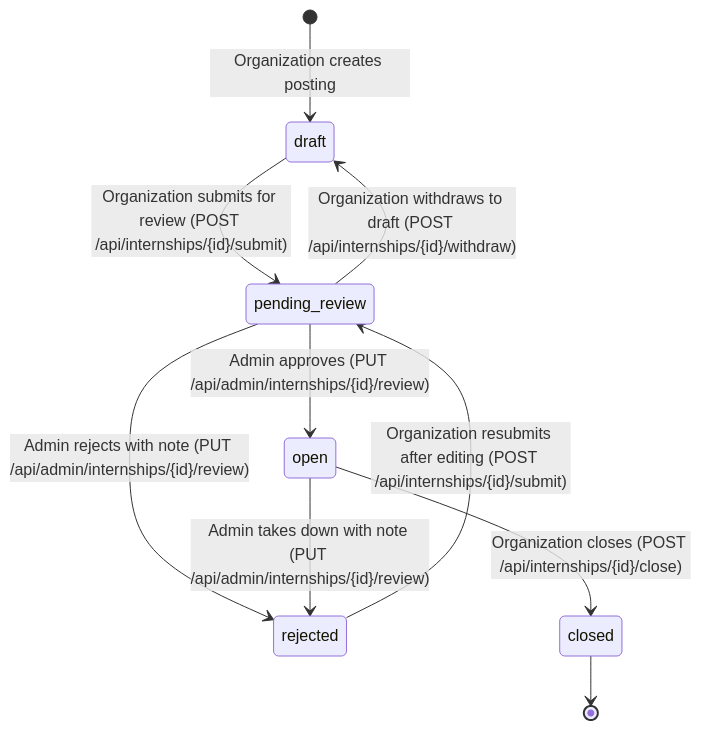
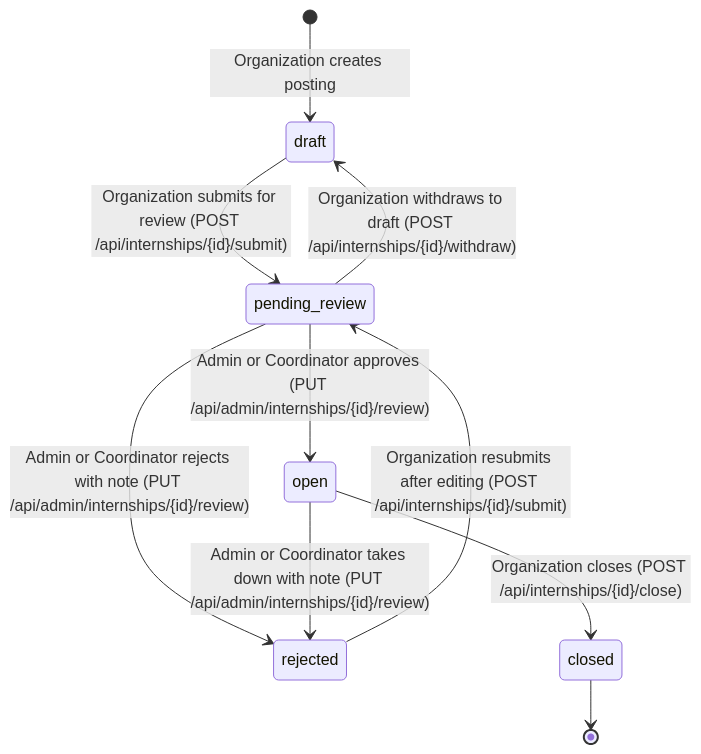
The second of 2 diagrams in docs/database.md (adexo-77/university-internship-platform), drawn with Mermaid before and after one commit. The commit also changed other lines of this file and 6 other files, not shown here.

Commit message:
docs: update database, architecture, security, requirements, openapi schema, and changelog for coordinator role

````diff
--- a/docs/database.md
+++ b/docs/database.md
@@ -366,12 +366,12 @@
 ```mermaid
 stateDiagram-v2
     [*] --> draft: Organization creates posting
     draft --> pending_review: Organization submits for review (POST /api/internships/{id}/submit)
     pending_review --> draft: Organization withdraws to draft (POST /api/internships/{id}/withdraw)
-    pending_review --> open: Admin approves (PUT /api/admin/internships/{id}/review)
-    pending_review --> rejected: Admin rejects with note (PUT /api/admin/internships/{id}/review)
+    pending_review --> open: Admin or Coordinator approves (PUT /api/admin/internships/{id}/review)
+    pending_review --> rejected: Admin or Coordinator rejects with note (PUT /api/admin/internships/{id}/review)
     rejected --> pending_review: Organization resubmits after editing (POST /api/internships/{id}/submit)
-    open --> rejected: Admin takes down with note (PUT /api/admin/internships/{id}/review)
+    open --> rejected: Admin or Coordinator takes down with note (PUT /api/admin/internships/{id}/review)
     open --> closed: Organization closes (POST /api/internships/{id}/close)
     closed --> [*]
 ```
````
